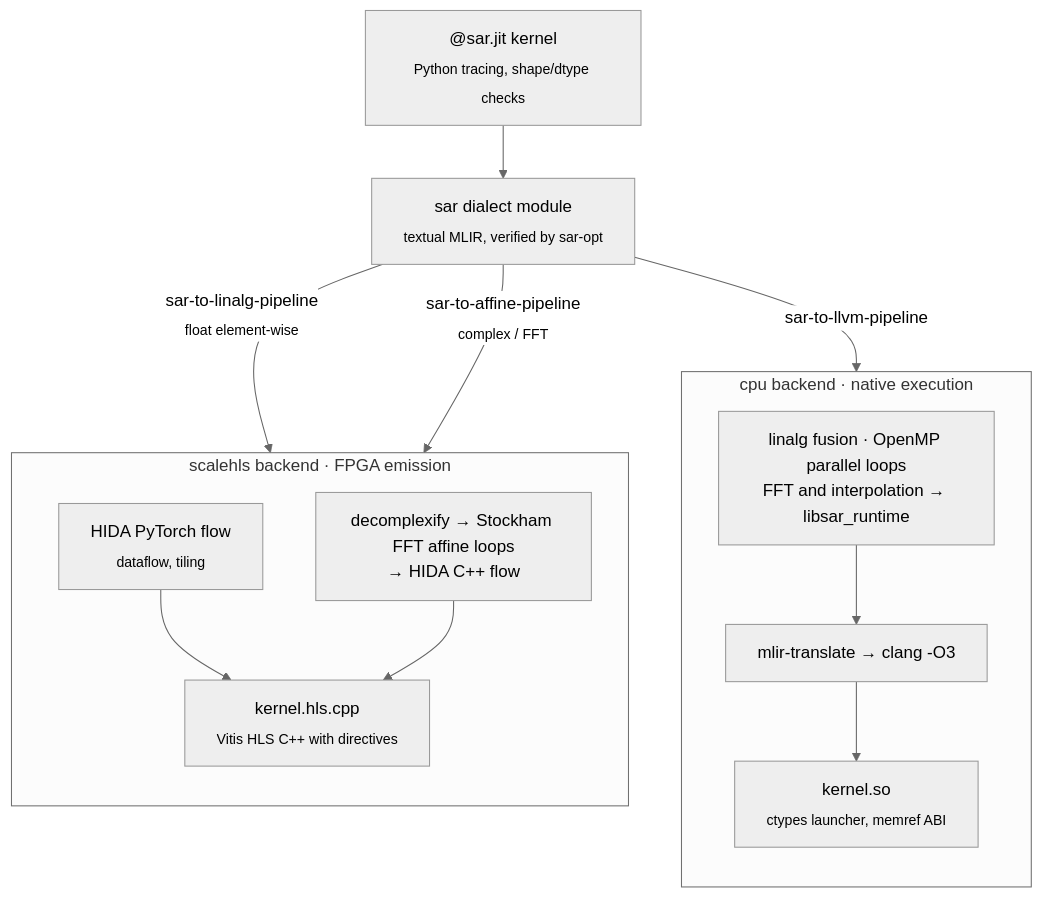
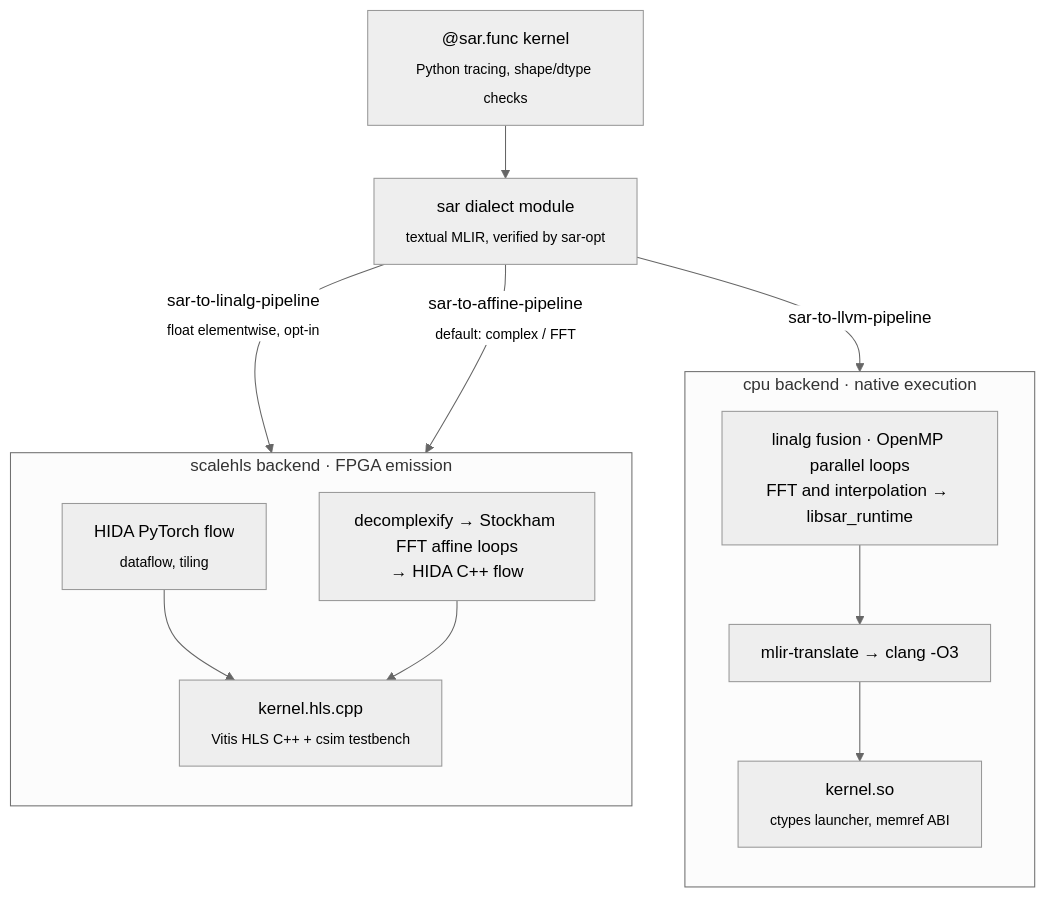
The diagram in README.md (zeroherolin/sar-dsl), drawn with Mermaid (neutral theme) before and after one commit. The commit also changed other lines of this file and 146 other files, not shown here.

First line of the commit message:
Recover SARToLinalg lowerings; add sar-lower-copy, generality gates

````diff
--- a/README.md
+++ b/README.md
@@ -73,27 +87,27 @@
 ```mermaid
 flowchart TB
-    K["@sar.jit kernel<br/><sub>Python tracing, shape/dtype checks</sub>"]
+    K["@sar.func kernel<br/><sub>Python tracing, shape/dtype checks</sub>"]
     IR["sar dialect module<br/><sub>textual MLIR, verified by sar-opt</sub>"]
     K --> IR
 
     IR -- "sar-to-llvm-pipeline" --> CPU1
-    IR -- "sar-to-linalg-pipeline<br/><sub>float element-wise</sub>" --> H1
-    IR -- "sar-to-affine-pipeline<br/><sub>complex / FFT</sub>" --> H2
+    IR -- "sar-to-linalg-pipeline<br/><sub>float elementwise, opt-in</sub>" --> H1
+    IR -- "sar-to-affine-pipeline<br/><sub>default: complex / FFT</sub>" --> H2
 
     subgraph CPU["cpu backend · native execution"]
         direction TB
         CPU1["linalg fusion · OpenMP parallel loops<br/>FFT and interpolation → libsar_runtime"]
         CPU2["mlir-translate → clang -O3"]
         CPU3["kernel.so<br/><sub>ctypes launcher, memref ABI</sub>"]
         CPU1 --> CPU2 --> CPU3
     end
 
     subgraph HLS["scalehls backend · FPGA emission"]
         direction TB
         H1["HIDA PyTorch flow<br/><sub>dataflow, tiling</sub>"]
         H2["decomplexify → Stockham FFT affine loops<br/>→ HIDA C++ flow"]
-        H3["kernel.hls.cpp<br/><sub>Vitis HLS C++ with directives</sub>"]
+        H3["kernel.hls.cpp<br/><sub>Vitis HLS C++ + csim testbench</sub>"]
         H1 --> H3
         H2 --> H3
     end
 ```
````
